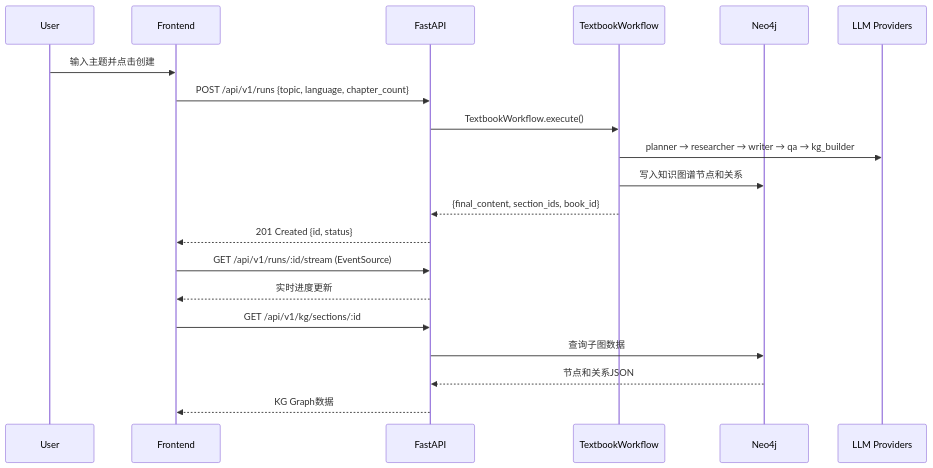
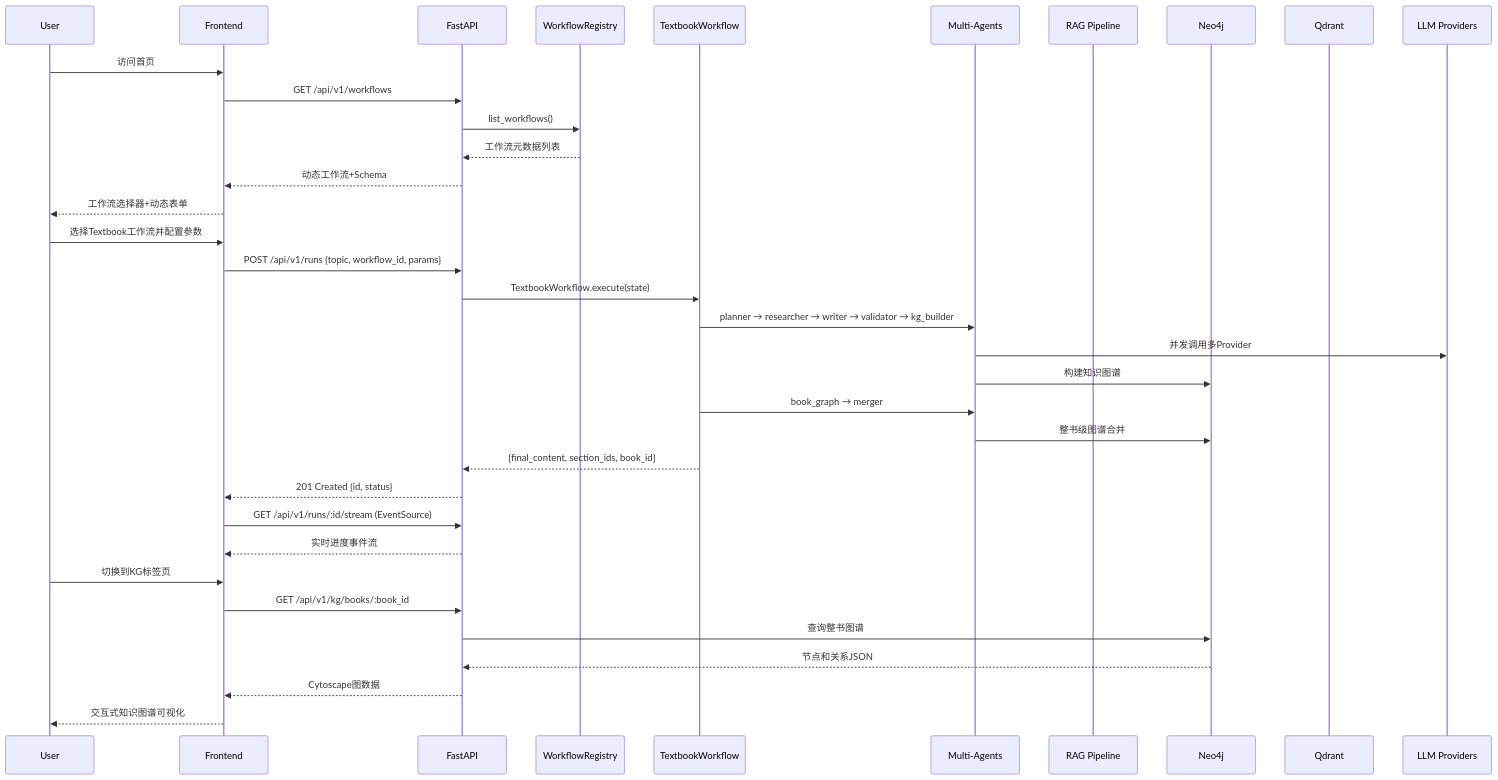
One commit to HengyuanWU/SOPilot changed the second of 3 diagrams in docs/PROJECT_CURRENT_STATE.md. Above: the diagram before and after it, drawn with Mermaid. The commit also changed other lines of this file and 50 other files, not shown here.

````diff
--- a/docs/PROJECT_CURRENT_STATE.md
+++ b/docs/PROJECT_CURRENT_STATE.md
@@ -305,23 +391,41 @@
 ```mermaid
 sequenceDiagram
   participant U as User
   participant FE as Frontend
   participant API as FastAPI
+  participant REG as WorkflowRegistry
   participant WF as TextbookWorkflow
+  participant AGT as Multi-Agents
+  participant RAG as RAG Pipeline
   participant NEO as Neo4j
+  participant QDR as Qdrant
   participant LLM as LLM Providers
 
-  U->>FE: 输入主题并点击创建
-  FE->>API: POST /api/v1/runs {topic, language, chapter_count}
-  API->>WF: TextbookWorkflow.execute()
-  WF->>LLM: planner → researcher → writer → qa → kg_builder
-  WF->>NEO: 写入知识图谱节点和关系
+  U->>FE: 访问首页
+  FE->>API: GET /api/v1/workflows
+  API->>REG: list_workflows()
+  REG-->>API: 工作流元数据列表
+  API-->>FE: 动态工作流+Schema
+  FE-->>U: 工作流选择器+动态表单
+  
+  U->>FE: 选择Textbook工作流并配置参数
+  FE->>API: POST /api/v1/runs {topic, workflow_id, params}
+  API->>WF: TextbookWorkflow.execute(state)
+  WF->>AGT: planner → researcher → writer → validator → kg_builder
+  AGT->>LLM: 并发调用多Provider
+  AGT->>NEO: 构建知识图谱
+  WF->>AGT: book_graph → merger
+  AGT->>NEO: 整书级图谱合并
   WF-->>API: {final_content, section_ids, book_id}
   API-->>FE: 201 Created {id, status}
+  
   FE->>API: GET /api/v1/runs/:id/stream (EventSource)
-  API-->>FE: 实时进度更新
-  FE->>API: GET /api/v1/kg/sections/:id
-  API->>NEO: 查询子图数据
+  API-->>FE: 实时进度事件流
+  
+  U->>FE: 切换到KG标签页
+  FE->>API: GET /api/v1/kg/books/:book_id
+  API->>NEO: 查询整书图谱
   NEO-->>API: 节点和关系JSON
-  API-->>FE: KG Graph数据
+  API-->>FE: Cytoscape图数据
+  FE-->>U: 交互式知识图谱可视化
 ```
````
